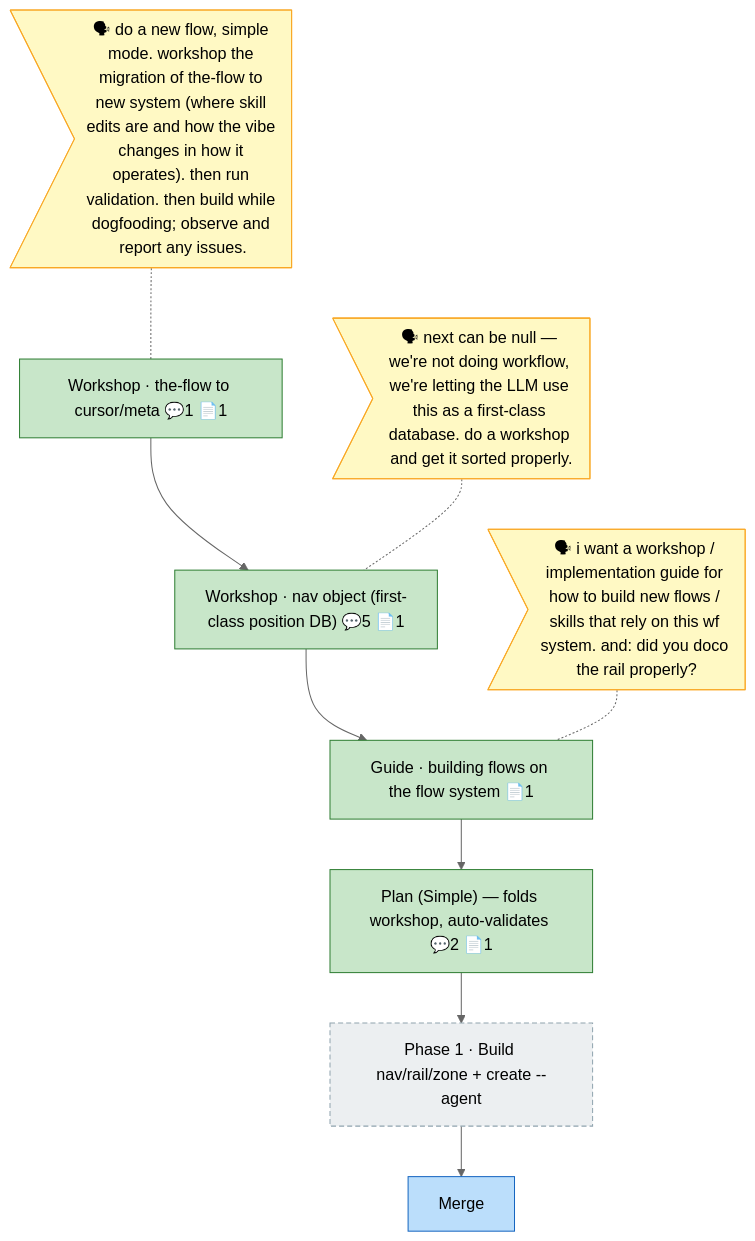
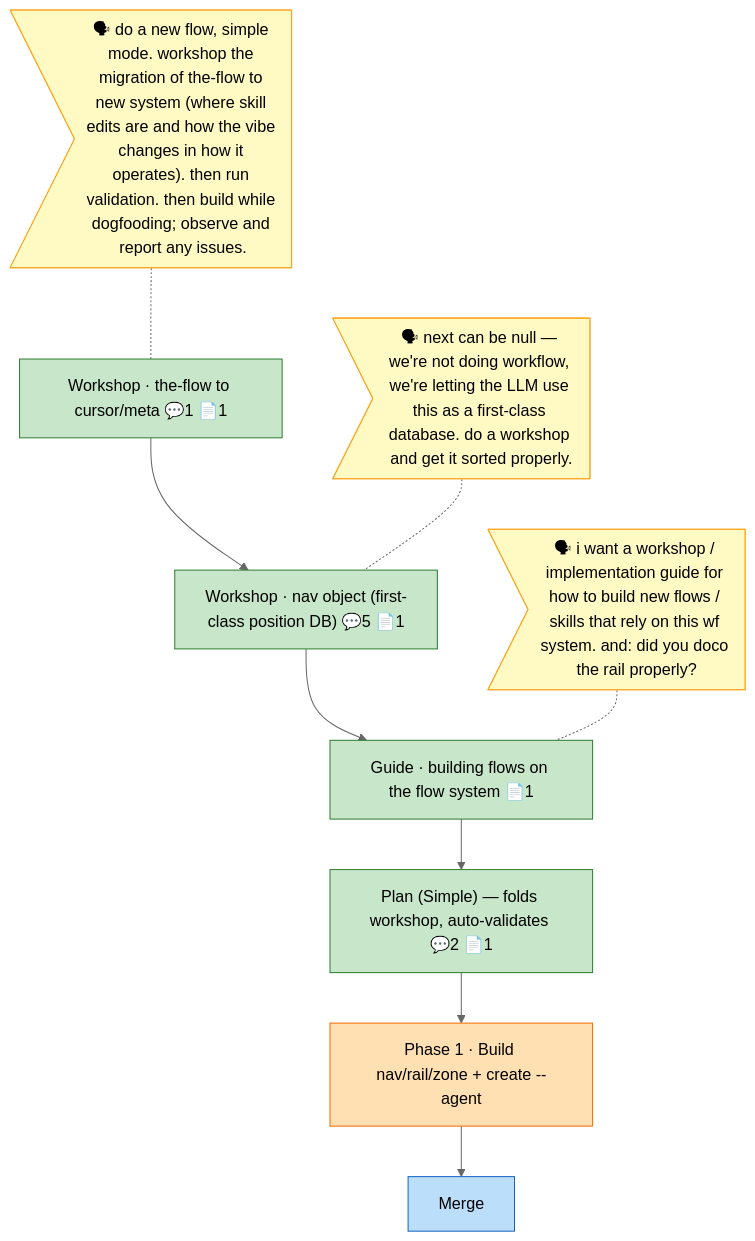
Before and after one commit to AI-Substrate/harness-engineering: the diagram in docs/plans/026-the-flow-cursor-meta-migration/the-flow.md, drawn with Mermaid (neutral theme). The commit also changed other lines of this file and 4 other files, not shown here.

First line of the commit message:
docs(026): harness-flow.md nav/rail/zone/create --agent + dogfood flow 026 (T013,T014)

````diff
--- a/docs/plans/026-the-flow-cursor-meta-migration/the-flow.md
+++ b/docs/plans/026-the-flow-cursor-meta-migration/the-flow.md
@@ -8,34 +8,34 @@
 ```mermaid
 flowchart TD
     merge["Merge"]:::known
-    p1["Phase 1 · Build nav/rail/zone + create --agent"]:::assumed
+    p1["Phase 1 · Build nav/rail/zone + create --agent"]:::wip
     plan["Plan (Simple) — folds workshop, auto-validates 💬2 📄1"]:::done
     ws_migration["Workshop · the-flow to cursor/meta 💬1 📄1"]:::done
     ws_nav["Workshop · nav object (first-class position DB) 💬5 📄1"]:::done
     ws_guide["Guide · building flows on the flow system 📄1"]:::done
 
     p1 --> merge
     plan --> p1
     ws_migration --> ws_nav
     ws_nav --> ws_guide
     ws_guide --> plan
 
     say_ws_migration>"🗣 do a new flow, simple mode. workshop the migration of the-flow to new system (where skill edits are and how the vibe changes in how it operates). then run validation. then build while dogfooding; observe and report any issues."]:::said
     say_ws_migration -.- ws_migration
     say_ws_nav>"🗣 next can be null — we're not doing workflow, we're letting the LLM use this as a first-class database. do a workshop and get it sorted properly."]:::said
     say_ws_nav -.- ws_nav
     say_ws_guide>"🗣 i want a workshop / implementation guide for how to build new flows / skills that rely on this wf system. and: did you doco the rail properly?"]:::said
     say_ws_guide -.- ws_guide
 
     classDef done fill:#C8E6C9,stroke:#2E7D32;
     classDef wip fill:#FFE0B2,stroke:#EF6C00;
     classDef blocked fill:#FFCDD2,stroke:#C62828;
     classDef known fill:#BBDEFB,stroke:#1565C0;
     classDef assumed fill:#ECEFF1,stroke:#90A4AE,stroke-dasharray:5 3;
     classDef said fill:#FFF9C4,stroke:#F9A825;
     classDef harness fill:#EDE7F6,stroke:#673AB7;
     classDef decision fill:#FFF3E0,stroke:#FB8C00,stroke-dasharray:2 2;
     classDef companion fill:#D1C4E9,stroke:#5E35B1;
     classDef worker fill:#B2DFDB,stroke:#00897B;
     classDef unknown fill:#FAFAFA,stroke:#BDBDBD,stroke-dasharray:1 4;
 ```
````
